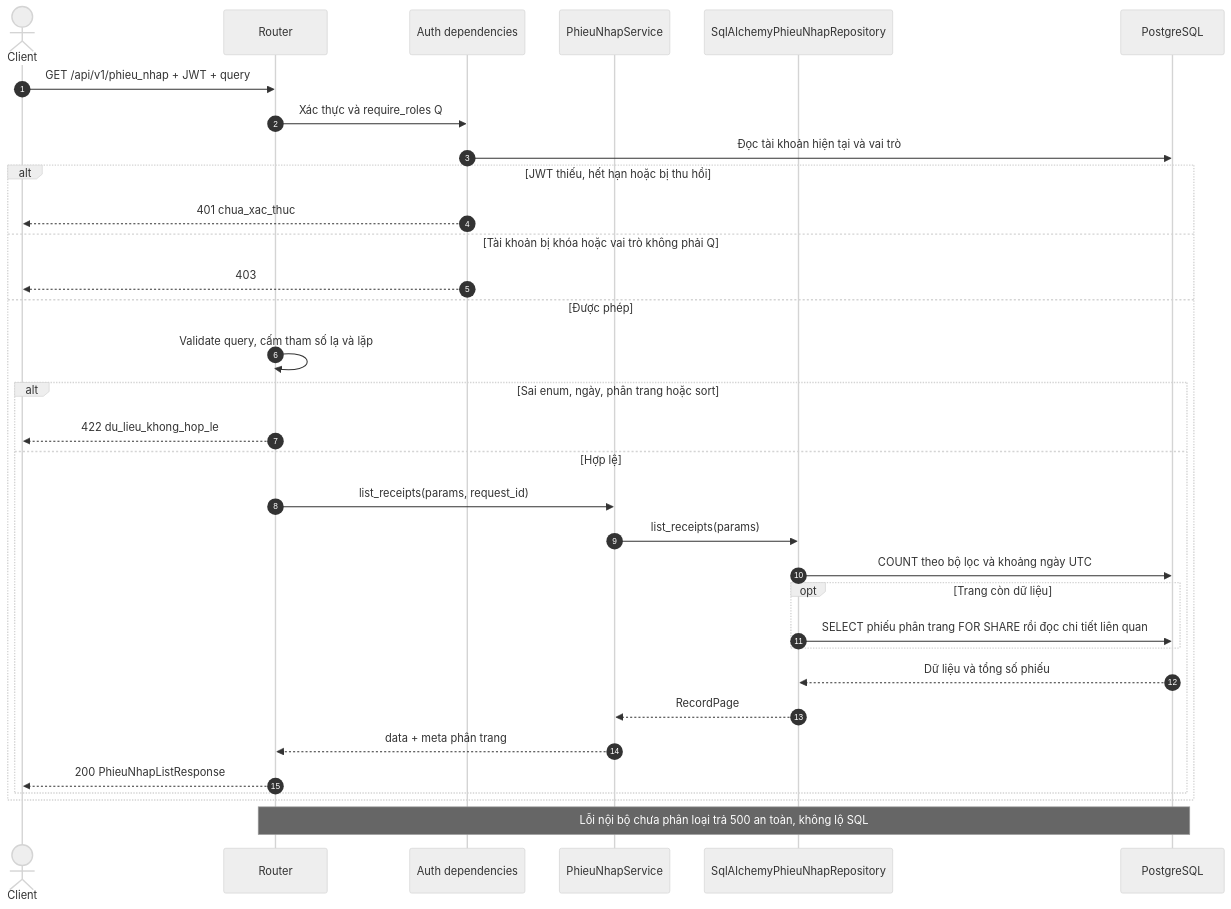
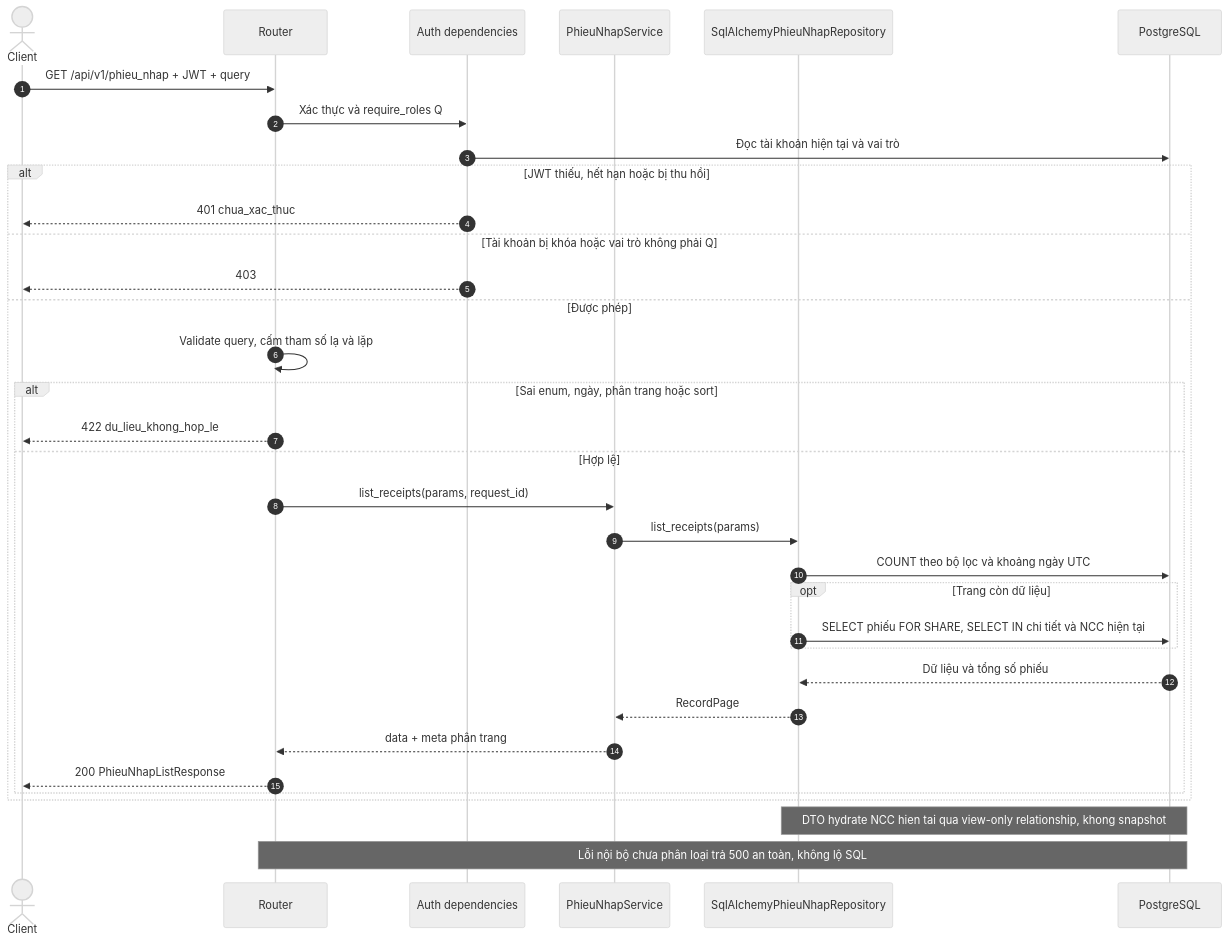
The first of 6 diagrams in docs/sequence/phieu_nhap.md (thanhklt/xbike-mrp-system), drawn with Mermaid (neutral theme) before and after one commit. The commit also changed other lines of this file and 49 other files, not shown here.

````diff
--- a/docs/sequence/phieu_nhap.md
+++ b/docs/sequence/phieu_nhap.md
@@ -52,35 +53,36 @@
 ```mermaid
 sequenceDiagram
     autonumber
     actor C as Client
     participant R as Router
     participant D as Auth dependencies
     participant S as PhieuNhapService
     participant P as SqlAlchemyPhieuNhapRepository
     participant DB as PostgreSQL
     C->>R: GET /api/v1/phieu_nhap + JWT + query
     R->>D: Xác thực và require_roles Q
     D->>DB: Đọc tài khoản hiện tại và vai trò
     alt JWT thiếu, hết hạn hoặc bị thu hồi
         D-->>C: 401 chua_xac_thuc
     else Tài khoản bị khóa hoặc vai trò không phải Q
         D-->>C: 403
     else Được phép
         R->>R: Validate query, cấm tham số lạ và lặp
         alt Sai enum, ngày, phân trang hoặc sort
             R-->>C: 422 du_lieu_khong_hop_le
         else Hợp lệ
             R->>S: list_receipts(params, request_id)
             S->>P: list_receipts(params)
             P->>DB: COUNT theo bộ lọc và khoảng ngày UTC
             opt Trang còn dữ liệu
-                P->>DB: SELECT phiếu phân trang FOR SHARE rồi đọc chi tiết liên quan
+                P->>DB: SELECT phiếu FOR SHARE, SELECT IN chi tiết và NCC hiện tại
             end
             DB-->>P: Dữ liệu và tổng số phiếu
             P-->>S: RecordPage
             S-->>R: data + meta phân trang
             R-->>C: 200 PhieuNhapListResponse
         end
     end
+    Note over P,DB: DTO hydrate NCC hien tai qua view-only relationship, khong snapshot
     Note over R,DB: Lỗi nội bộ chưa phân loại trả 500 an toàn, không lộ SQL
 ```
````
